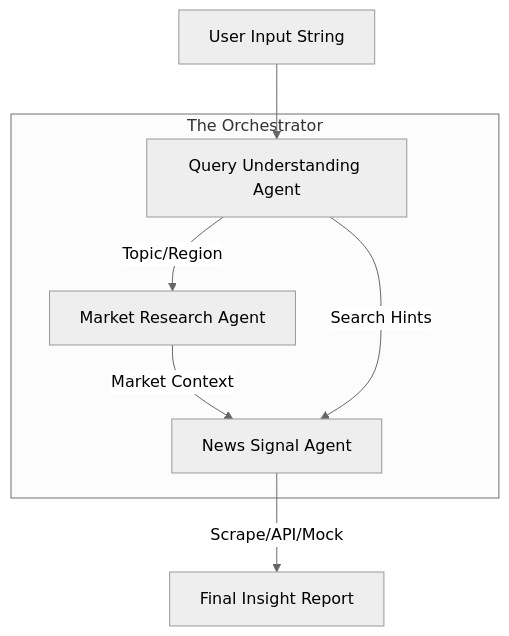
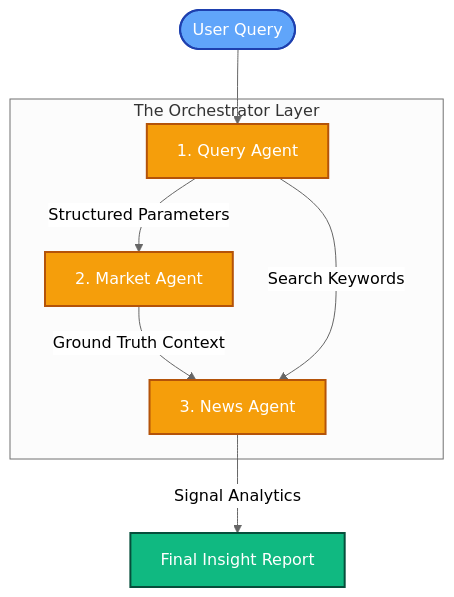
One commit to SAHUTHUB/AI-Multi-Agent-Market-Exploration-System changed the diagram in ALGORITHMS.md. Above: the diagram before and after it, drawn with Mermaid (neutral theme). The commit also changed other lines of this file and 1 other file, not shown here.

````diff
--- a/ALGORITHMS.md
+++ b/ALGORITHMS.md
@@ -51,14 +51,25 @@
 ```mermaid
 graph TD
-    UserQuery[User Input String] --> QUA[Query Understanding Agent]
-    QUA -- Topic/Region --> MRA[Market Research Agent]
-    MRA -- Market Context --> NSA[News Signal Agent]
-    QUA -- Search Hints --> NSA
-    NSA -- Scrape/API/Mock --> Results[Final Insight Report]
+    %% Define Styles
+    classDef user fill:#60a5fa,stroke:#1e40af,stroke-width:2px,color:#fff
+    classDef agent fill:#f59e0b,stroke:#b45309,stroke-width:2px,color:#fff
+    classDef tool fill:#94a3b8,stroke:#475569,stroke-dasharray: 5 5,color:#fff
+    classDef result fill:#10b981,stroke:#064e3b,stroke-width:2px,color:#fff
 
-    subgraph "The Orchestrator"
+    Input([User Query]) --> QUA[1. Query Agent]
+    QUA -- "Structured Parameters" --> MRA[2. Market Agent]
+    MRA -- "Ground Truth Context" --> NSA[3. News Agent]
+    QUA -- "Search Keywords" --> NSA
+    NSA -- "Signal Analytics" --> Results[Final Insight Report]
+
+    subgraph "The Orchestrator Layer"
         QUA
         MRA
         NSA
     end
+
+    %% Assign Classes
+    class Input user
+    class QUA,MRA,NSA agent
+    class Results result
 ```
````
